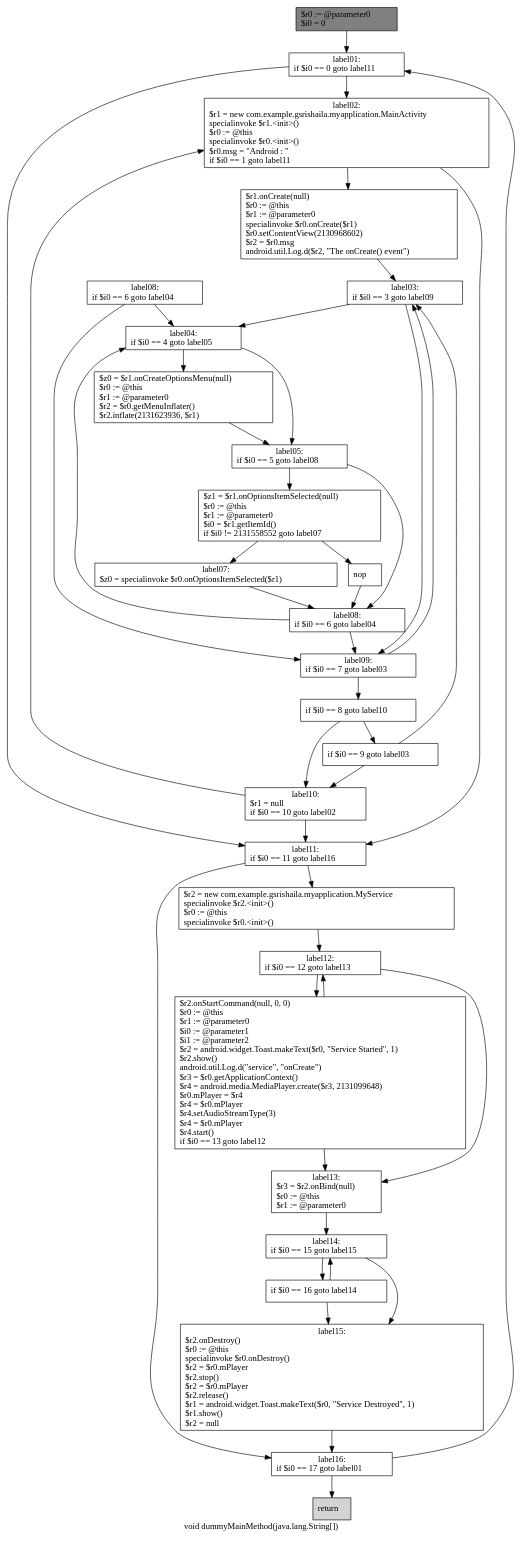
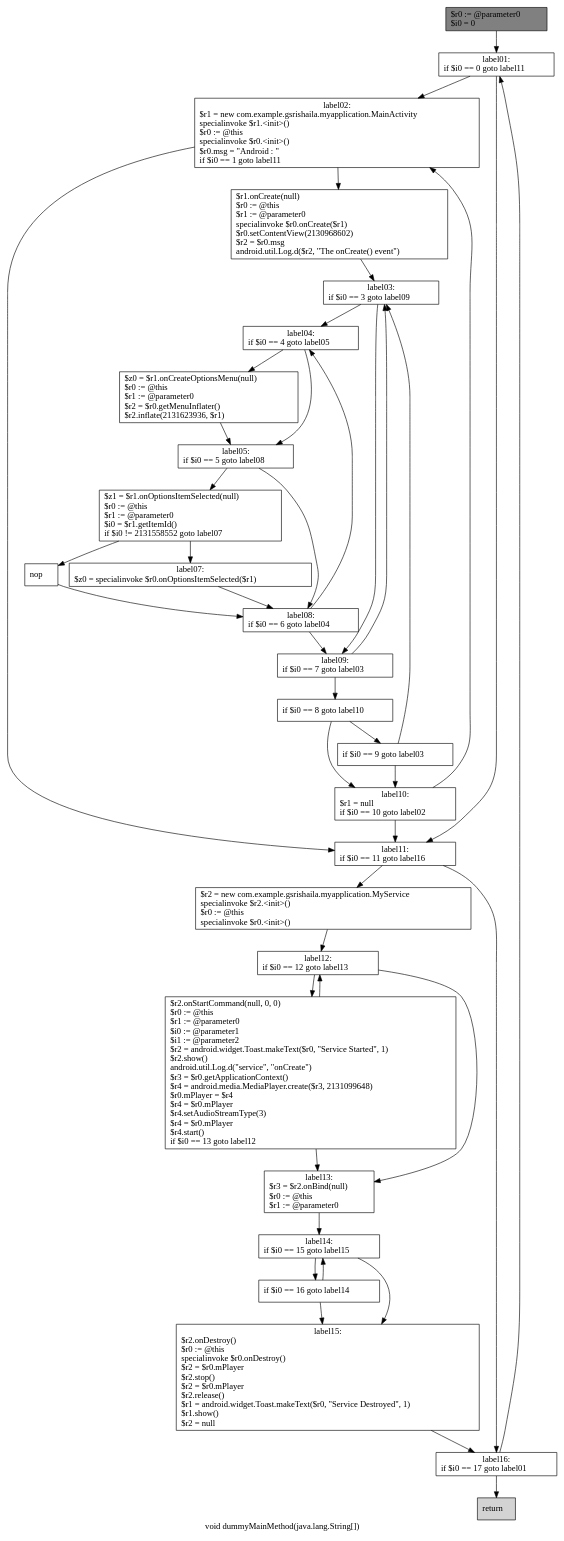
The diagram in soot-infoflow-android-develop/dummyMainMethod333.dot (gsrishaila/summer), drawn with Graphviz before and after one commit. The commit also changed 32 other files, not shown here.

```diff
--- a/soot-infoflow-android-develop/dummyMainMethod333.dot
+++ b/soot-infoflow-android-develop/dummyMainMethod333.dot
@@ -1,75 +1,72 @@
 digraph "void dummyMainMethod(java.lang.String[])" {
     label="void dummyMainMethod(java.lang.String[])";
     node [shape=box];
     "0" [style=filled,fillcolor=gray,label="$r0 := @parameter0\l$i0 = 0\l",];
     "1" [label="label01:\nif $i0 == 0 goto label11\l",];
     "0"->"1";
     "2" [label="label02:\n$r1 = new com.example.gsrishaila.myapplication.MainActivity\lspecialinvoke $r1.<init>()\l$r0 := @this\lspecialinvoke $r0.<init>()\l$r0.msg = \"Android : \"\lif $i0 == 1 goto label11\l",];
     "1"->"2";
-    "17" [label="label11:\nif $i0 == 11 goto label16\l",];
-    "1"->"17";
+    "16" [label="label11:\nif $i0 == 11 goto label16\l",];
+    "1"->"16";
     "3" [label="$r1.onCreate(null)\l$r0 := @this\l$r1 := @parameter0\lspecialinvoke $r0.onCreate($r1)\l$r0.setContentView(2130968602)\l$r2 = $r0.msg\landroid.util.Log.d($r2, \"The onCreate() event\")\l",];
     "2"->"3";
-    "2"->"17";
+    "2"->"16";
     "4" [label="label03:\nif $i0 == 3 goto label09\l",];
     "3"->"4";
     "5" [label="label04:\nif $i0 == 4 goto label05\l",];
     "4"->"5";
-    "13" [label="label09:\nif $i0 == 7 goto label03\l",];
-    "4"->"13";
+    "12" [label="label09:\nif $i0 == 7 goto label03\l",];
+    "4"->"12";
     "6" [label="$z0 = $r1.onCreateOptionsMenu(null)\l$r0 := @this\l$r1 := @parameter0\l$r2 = $r0.getMenuInflater()\l$r2.inflate(2131623936, $r1)\l",];
     "5"->"6";
     "7" [label="label05:\nif $i0 == 5 goto label08\l",];
     "5"->"7";
     "6"->"7";
     "8" [label="$z1 = $r1.onOptionsItemSelected(null)\l$r0 := @this\l$r1 := @parameter0\l$i0 = $r1.getItemId()\lif $i0 != 2131558552 goto label07\l",];
     "7"->"8";
-    "12" [label="label08:\nif $i0 == 6 goto label04\l",];
-    "7"->"12";
+    "10" [label="label08:\nif $i0 == 6 goto label04\l",];
+    "7"->"10";
     "9" [label="nop\l",];
     "8"->"9";
     "11" [label="label07:\n$z0 = specialinvoke $r0.onOptionsItemSelected($r1)\l",];
     "8"->"11";
-    "9"->"12";
-    "10" [label="label08:\nif $i0 == 6 goto label04\l",];
+    "9"->"10";
     "10"->"5";
-    "10"->"13";
-    "11"->"12";
-    "12"->"5";
+    "10"->"12";
+    "11"->"10";
+    "12"->"4";
+    "13" [label="if $i0 == 8 goto label10\l",];
     "12"->"13";
-    "13"->"4";
-    "14" [label="if $i0 == 8 goto label10\l",];
+    "14" [label="if $i0 == 9 goto label03\l",];
     "13"->"14";
-    "15" [label="if $i0 == 9 goto label03\l",];
+    "15" [label="label10:\n$r1 = null\lif $i0 == 10 goto label02\l",];
+    "13"->"15";
+    "14"->"4";
     "14"->"15";
-    "16" [label="label10:\n$r1 = null\lif $i0 == 10 goto label02\l",];
-    "14"->"16";
-    "15"->"4";
+    "15"->"2";
     "15"->"16";
-    "16"->"2";
+    "17" [label="$r2 = new com.example.gsrishaila.myapplication.MyService\lspecialinvoke $r2.<init>()\l$r0 := @this\lspecialinvoke $r0.<init>()\l",];
     "16"->"17";
-    "18" [label="$r2 = new com.example.gsrishaila.myapplication.MyService\lspecialinvoke $r2.<init>()\l$r0 := @this\lspecialinvoke $r0.<init>()\l",];
+    "24" [label="label16:\nif $i0 == 17 goto label01\l",];
+    "16"->"24";
+    "18" [label="label12:\nif $i0 == 12 goto label13\l",];
     "17"->"18";
-    "25" [label="label16:\nif $i0 == 17 goto label01\l",];
-    "17"->"25";
-    "19" [label="label12:\nif $i0 == 12 goto label13\l",];
+    "19" [label="$r2.onStartCommand(null, 0, 0)\l$r0 := @this\l$r1 := @parameter0\l$i0 := @parameter1\l$i1 := @parameter2\l$r2 = android.widget.Toast.makeText($r0, \"Service Started\", 1)\l$r2.show()\landroid.util.Log.d(\"service\", \"onCreate\")\l$r3 = $r0.getApplicationContext()\l$r4 = android.media.MediaPlayer.create($r3, 2131099648)\l$r0.mPlayer = $r4\l$r4 = $r0.mPlayer\l$r4.setAudioStreamType(3)\l$r4 = $r0.mPlayer\l$r4.start()\lif $i0 == 13 goto label12\l",];
     "18"->"19";
-    "20" [label="$r2.onStartCommand(null, 0, 0)\l$r0 := @this\l$r1 := @parameter0\l$i0 := @parameter1\l$i1 := @parameter2\l$r2 = android.widget.Toast.makeText($r0, \"Service Started\", 1)\l$r2.show()\landroid.util.Log.d(\"service\", \"onCreate\")\l$r3 = $r0.getApplicationContext()\l$r4 = android.media.MediaPlayer.create($r3, 2131099648)\l$r0.mPlayer = $r4\l$r4 = $r0.mPlayer\l$r4.setAudioStreamType(3)\l$r4 = $r0.mPlayer\l$r4.start()\lif $i0 == 13 goto label12\l",];
+    "20" [label="label13:\n$r3 = $r2.onBind(null)\l$r0 := @this\l$r1 := @parameter0\l",];
+    "18"->"20";
+    "19"->"18";
     "19"->"20";
-    "21" [label="label13:\n$r3 = $r2.onBind(null)\l$r0 := @this\l$r1 := @parameter0\l",];
-    "19"->"21";
-    "20"->"19";
+    "21" [label="label14:\nif $i0 == 15 goto label15\l",];
     "20"->"21";
-    "22" [label="label14:\nif $i0 == 15 goto label15\l",];
+    "22" [label="if $i0 == 16 goto label14\l",];
     "21"->"22";
-    "23" [label="if $i0 == 16 goto label14\l",];
+    "23" [label="label15:\n$r2.onDestroy()\l$r0 := @this\lspecialinvoke $r0.onDestroy()\l$r2 = $r0.mPlayer\l$r2.stop()\l$r2 = $r0.mPlayer\l$r2.release()\l$r1 = android.widget.Toast.makeText($r0, \"Service Destroyed\", 1)\l$r1.show()\l$r2 = null\l",];
+    "21"->"23";
+    "22"->"21";
     "22"->"23";
-    "24" [label="label15:\n$r2.onDestroy()\l$r0 := @this\lspecialinvoke $r0.onDestroy()\l$r2 = $r0.mPlayer\l$r2.stop()\l$r2 = $r0.mPlayer\l$r2.release()\l$r1 = android.widget.Toast.makeText($r0, \"Service Destroyed\", 1)\l$r1.show()\l$r2 = null\l",];
-    "22"->"24";
-    "23"->"22";
     "23"->"24";
+    "24"->"1";
+    "25" [style=filled,fillcolor=lightgray,label="return\l",];
     "24"->"25";
-    "25"->"1";
-    "26" [style=filled,fillcolor=lightgray,label="return\l",];
-    "25"->"26";
 }
```
